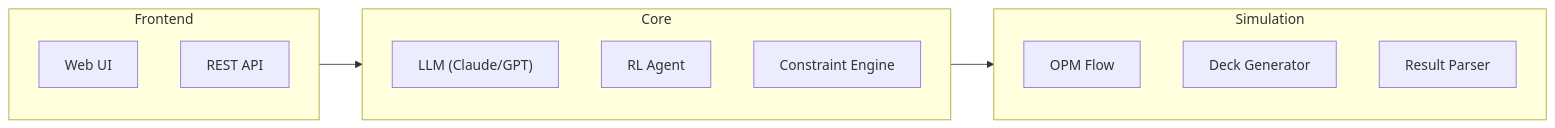
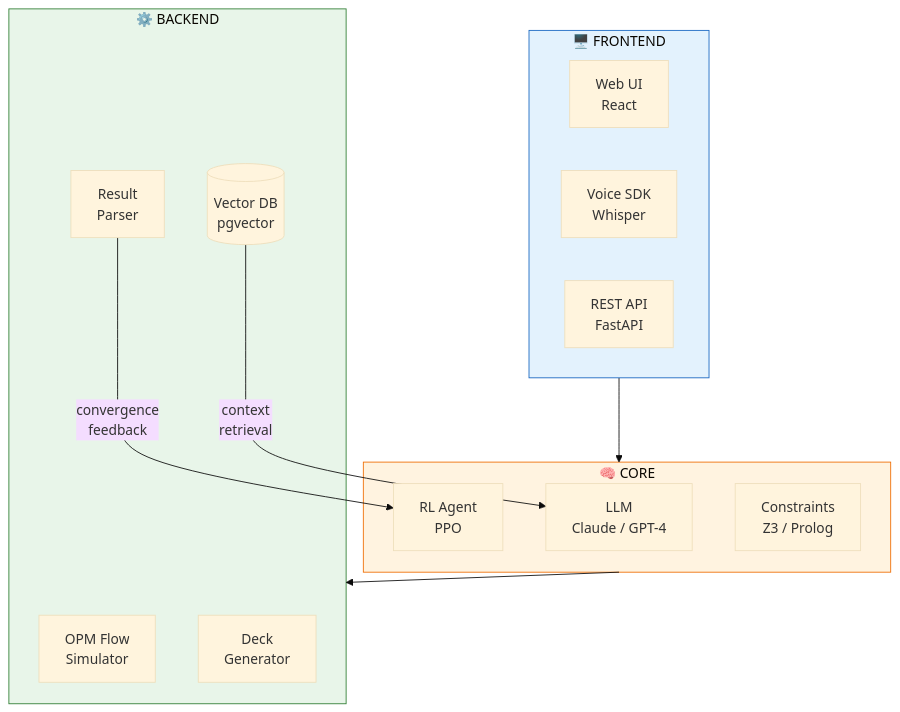
Before and after one commit to wolfram-laube/clarissa: the diagram in conference/spe-europe-2026/diagrams/techstack.mmd, drawn with Mermaid. The commit also changed 5 other files, not shown here.

First line of the commit message:
docs: update Mermaid diagram sources with corrections

```diff
--- a/conference/spe-europe-2026/diagrams/techstack.mmd
+++ b/conference/spe-europe-2026/diagrams/techstack.mmd
@@ -1,19 +1,30 @@
-flowchart LR
-    subgraph UI["Frontend"]
-        A["Web UI"]
-        B["REST API"]
+%%{init: {'theme': 'base', 'themeVariables': {'fontSize': '16px'}}}%%
+flowchart TB
+    subgraph FE["🖥️ FRONTEND"]
+        A["Web UI<br/>React"]
+        B["Voice SDK<br/>Whisper"]
+        C["REST API<br/>FastAPI"]
     end
     
-    subgraph CORE["Core"]
-        C["LLM (Claude/GPT)"]
-        D["RL Agent"]
-        E["Constraint Engine"]
+    subgraph CO["🧠 CORE"]
+        D["LLM<br/>Claude / GPT-4"]
+        E["RL Agent<br/>PPO"]
+        F["Constraints<br/>Z3 / Prolog"]
     end
     
-    subgraph SIM["Simulation"]
-        F["OPM Flow"]
-        G["Deck Generator"]
-        H["Result Parser"]
+    subgraph BE["⚙️ BACKEND"]
+        G["OPM Flow<br/>Simulator"]
+        H["Deck<br/>Generator"]
+        I["Result<br/>Parser"]
+        J[("Vector DB<br/>pgvector")]
     end
 
-    UI --> CORE --> SIM
+    FE --> CO
+    CO --> BE
+    
+    I -->|"convergence<br/>feedback"| E
+    J -->|"context<br/>retrieval"| D
+
+    style FE fill:#e3f2fd,stroke:#1565c0
+    style CO fill:#fff3e0,stroke:#ef6c00
+    style BE fill:#e8f5e9,stroke:#2e7d32
```
